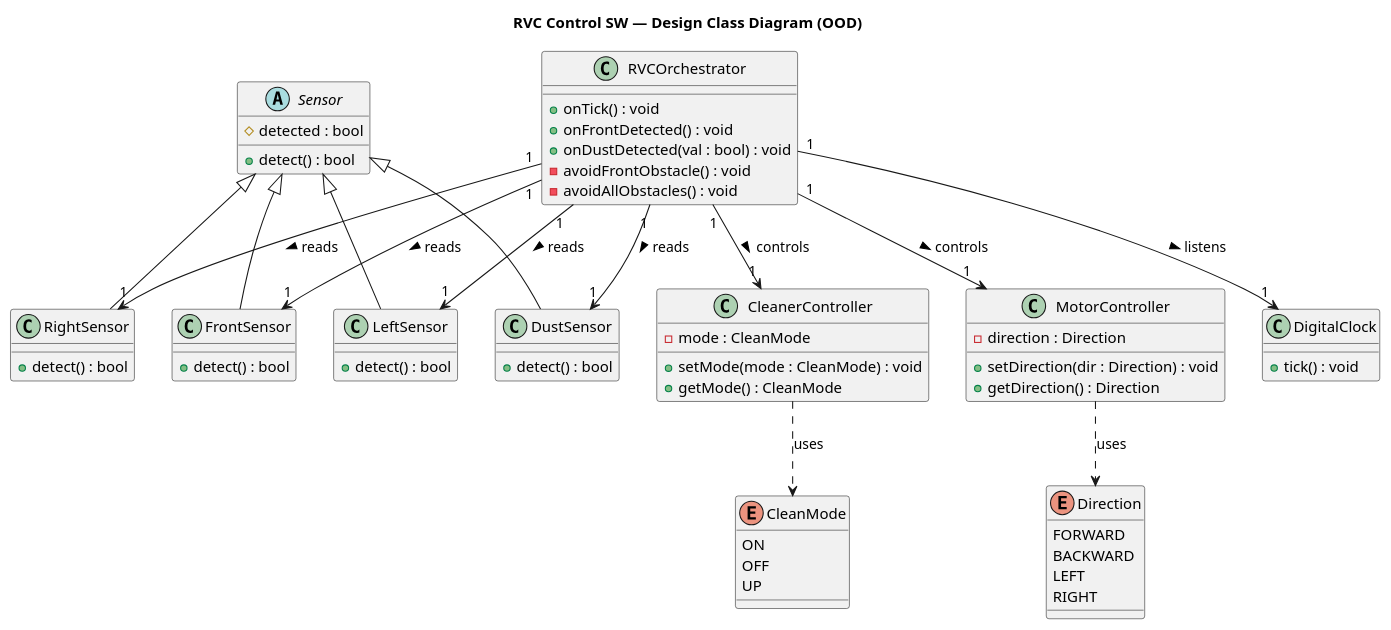
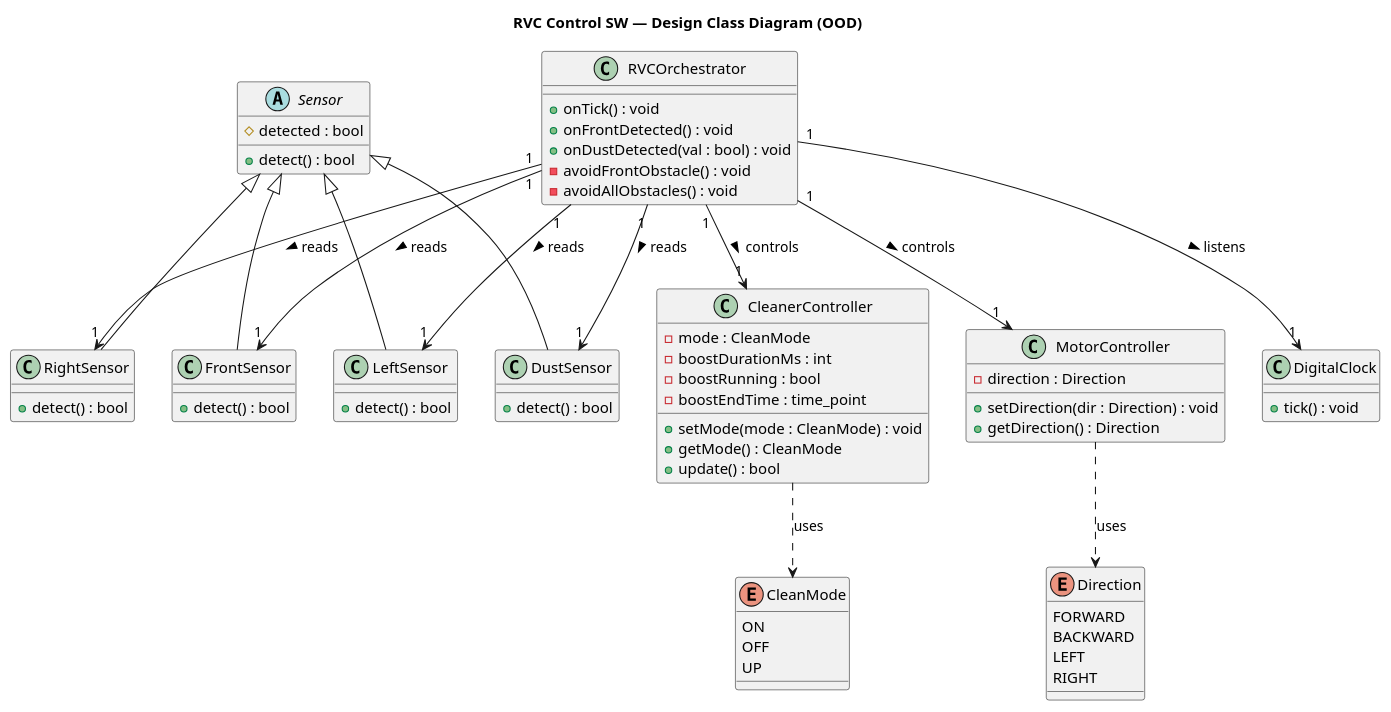
Before and after one commit to OOP-konkuk/CICD-Team7: the diagram in docs/vibe-coding/03-ood/class-diagram.mdx, drawn with PlantUML. The commit also changed other lines of this file and 6 other files, not shown here.

First line of the commit message:
feat(ood/ooi): Add boost timer to CleanerController for UC-4 power-up duration

```diff
--- a/docs/vibe-coding/03-ood/class-diagram.mdx
+++ b/docs/vibe-coding/03-ood/class-diagram.mdx
@@ -73,8 +73,12 @@
 
 class CleanerController {
   - mode : CleanMode
+  - boostDurationMs : int
+  - boostRunning : bool
+  - boostEndTime : time_point
   + setMode(mode : CleanMode) : void
   + getMode() : CleanMode
+  + update() : bool
 }
 
 class RVCOrchestrator {
```
